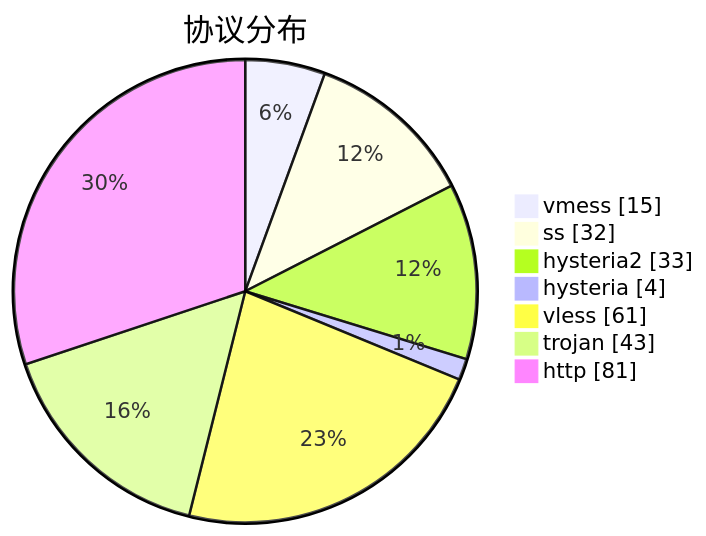
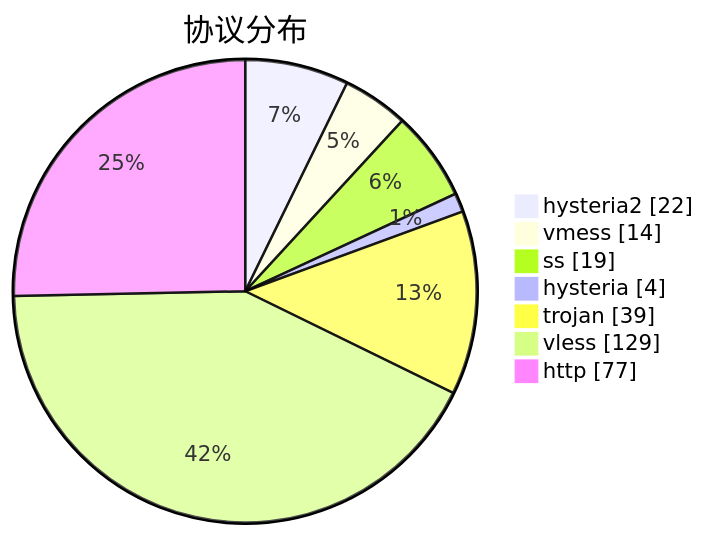
One commit to sinspired/airport changed the third of 3 diagrams in subs/statistics/tested_within.md. Above: the diagram before and after it, drawn with Mermaid. The commit also changed other lines of this file and 2 other files, not shown here.

````diff
--- a/subs/statistics/tested_within.md
+++ b/subs/statistics/tested_within.md
@@ -81,11 +83,11 @@
 ```mermaid
 pie showData
 title 协议分布
-"vmess" : 15
-"ss" : 32
-"hysteria2" : 33
+"hysteria2" : 22
+"vmess" : 14
+"ss" : 19
 "hysteria" : 4
-"vless" : 61
-"trojan" : 43
-"http" : 81
+"trojan" : 39
+"vless" : 129
+"http" : 77
 ```
````
